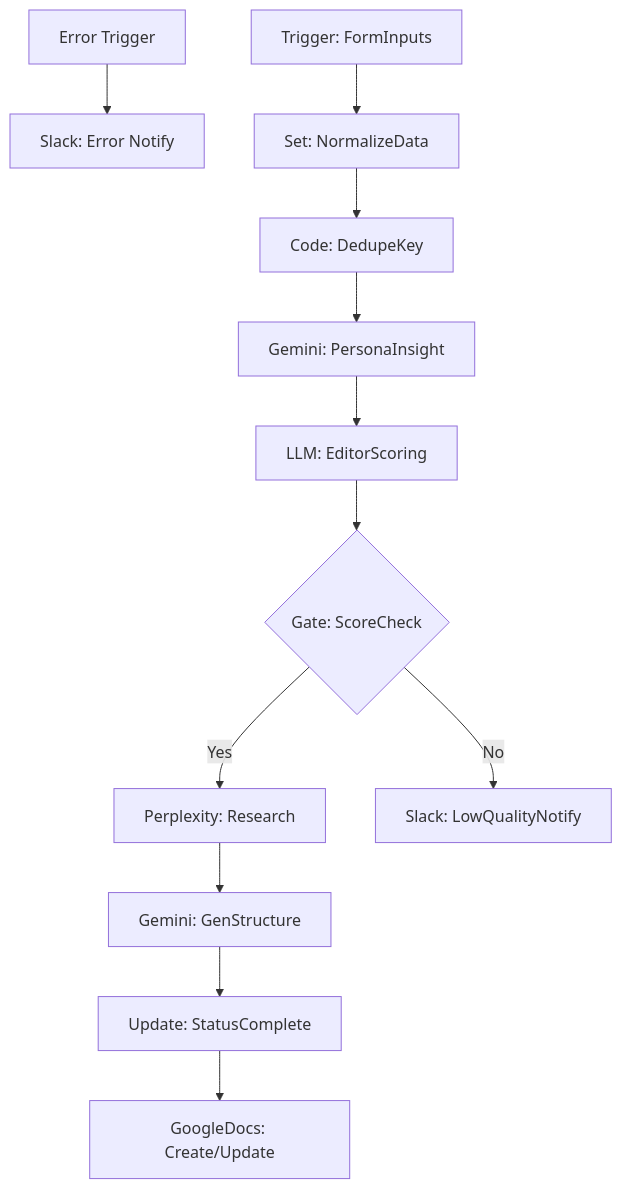
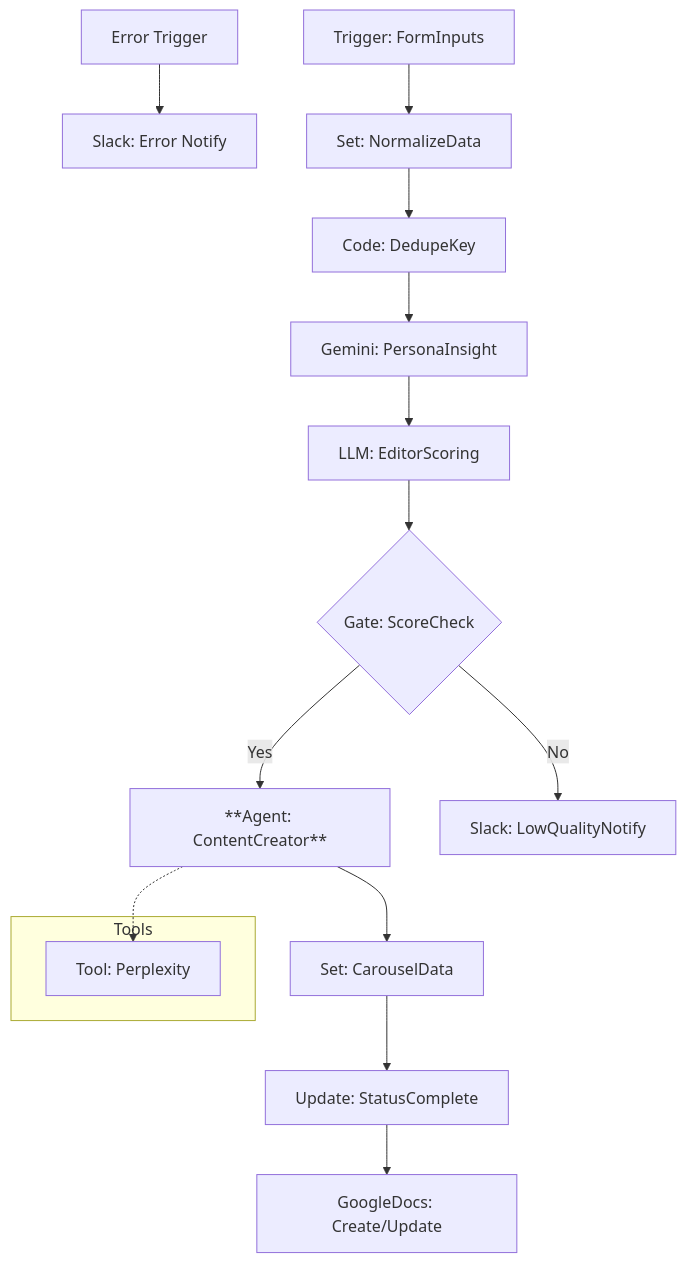
The diagram in Practice/insta-input-collector/README.md (takumiwork-n8n/n8n-workflows), drawn with Mermaid before and after one commit. The commit also changed other lines of this file and 1 other file, not shown here.

Commit message:
feat: Implement Phase 2 (AI Agent) for InstaInput_Collector workflow

````diff
--- a/Practice/insta-input-collector/README.md
+++ b/Practice/insta-input-collector/README.md
@@ -18,24 +19,28 @@
 ```mermaid
 graph TD
     %% Global Error Handling
     Error[Error Trigger] --> SlackErr[Slack: Error Notify]
 
     %% Input Stage
     Trigger[Trigger: FormInputs] --> Normalize[Set: NormalizeData]
     Normalize --> Dedupe[Code: DedupeKey]
     
     %% Analysis Stage
     Dedupe --> Persona[Gemini: PersonaInsight]
     Persona --> Scoring[LLM: EditorScoring]
-    
-    %% Routing
     Scoring --> Judging{Gate: ScoreCheck}
     
-    %% Action
-    Judging -- Yes --> Research[Perplexity: Research]
-    Research --> Output[Gemini: GenStructure]
-    Output --> Save[Update: StatusComplete]
+    %% Agentic Phase
+    Judging -- Yes --> Agent[**Agent: ContentCreator**]
+    
+    subgraph Tools
+      PPLX[Tool: Perplexity]
+    end
+    
+    Agent -.-> PPLX
+    Agent --> SetData[Set: CarouselData]
+    SetData --> Save[Update: StatusComplete]
     Save --> GoogleDocs[GoogleDocs: Create/Update]
     
     Judging -- No --> Notice[Slack: LowQualityNotify]
 ```
````
